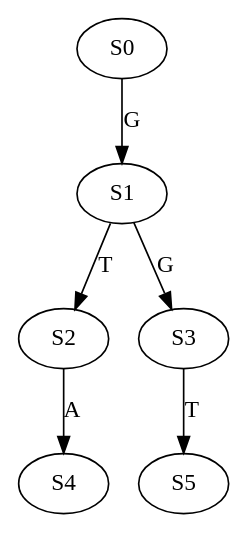
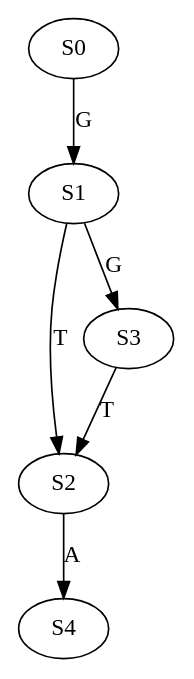
Before and after one commit to Kuanhao-Chao/Wheeler_Graph_Toolkit: the diagram in data/graph/GT_vs_WGT/DeBruijnG_DNA/Human_DCSTAMP_orthologues_DNA_k_3_l_3_a_4.dot, drawn with Graphviz. The commit also changed 1989 other files, not shown here.

Commit message:
Add non-collapsed De Bruijn Graph

```diff
--- a/data/graph/GT_vs_WGT/DeBruijnG_DNA/Human_DCSTAMP_orthologues_DNA_k_3_l_3_a_4.dot
+++ b/data/graph/GT_vs_WGT/DeBruijnG_DNA/Human_DCSTAMP_orthologues_DNA_k_3_l_3_a_4.dot
@@ -1,7 +1,7 @@
 strict digraph  {
 	S0 -> S1 [ label = G ];
 	S1 -> S2 [ label = T ];
 	S1 -> S3 [ label = G ];
 	S2 -> S4 [ label = A ];
-	S3 -> S5 [ label = T ];
+	S3 -> S2 [ label = T ];
 }
```
